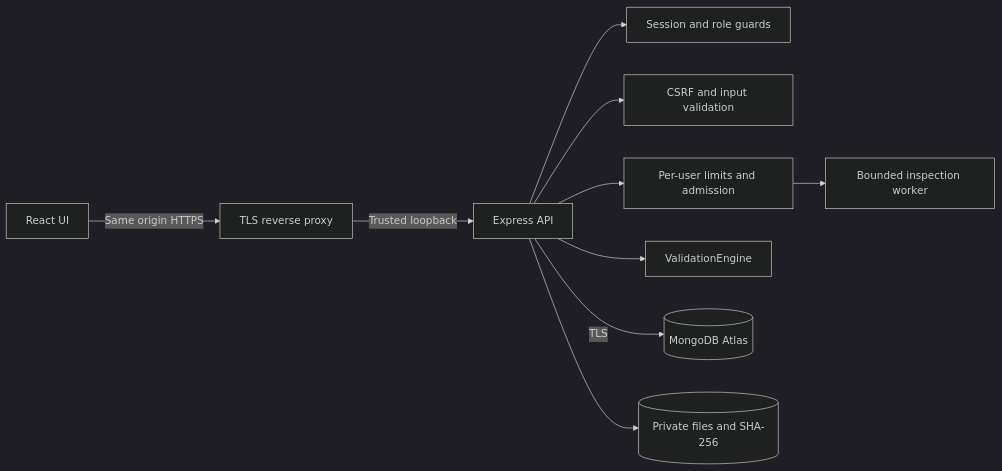
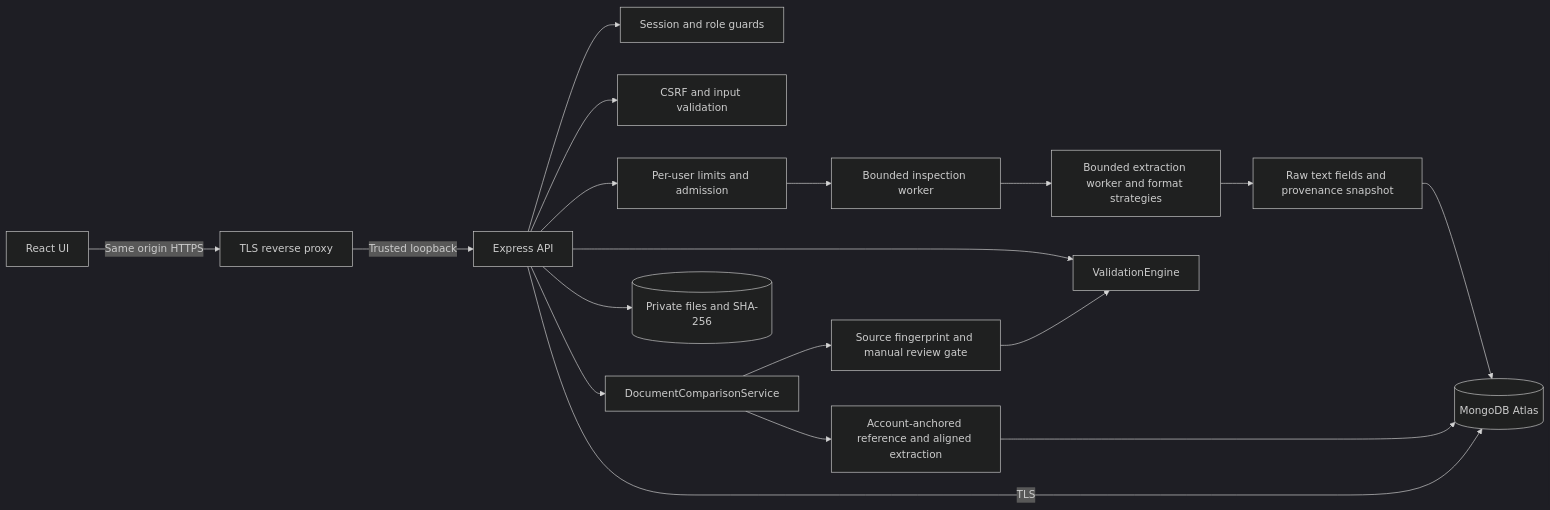
The diagram in docs/diagrams/architecture.mmd (Kocaeli-Universitesi-Ders-Projeleri/programming-lab-III), drawn with Mermaid (dark theme) before and after one commit. The commit also changed 126 other files, not shown here.

```diff
--- a/docs/diagrams/architecture.mmd
+++ b/docs/diagrams/architecture.mmd
@@ -1,10 +1,18 @@
 flowchart LR
   Browser[React UI] -->|Same origin HTTPS| Edge[TLS reverse proxy]
   Edge -->|Trusted loopback| API[Express API]
   API --> Auth[Session and role guards]
   API --> CSRF[CSRF and input validation]
   API --> Limits[Per-user limits and admission]
   Limits --> Worker[Bounded inspection worker]
+  Worker --> Extractor[Bounded extraction worker and format strategies]
+  Extractor --> Snapshot[Raw text fields and provenance snapshot]
+  Snapshot --> Atlas
   API --> Rules[ValidationEngine]
+  API --> Compare[DocumentComparisonService]
+  Compare --> Sources[Account-anchored reference and aligned extraction]
+  Sources --> Atlas
+  Compare --> Freshness[Source fingerprint and manual review gate]
+  Freshness --> Rules
   API -->|TLS| Atlas[(MongoDB Atlas)]
   API --> Private[(Private files and SHA-256)]
```
